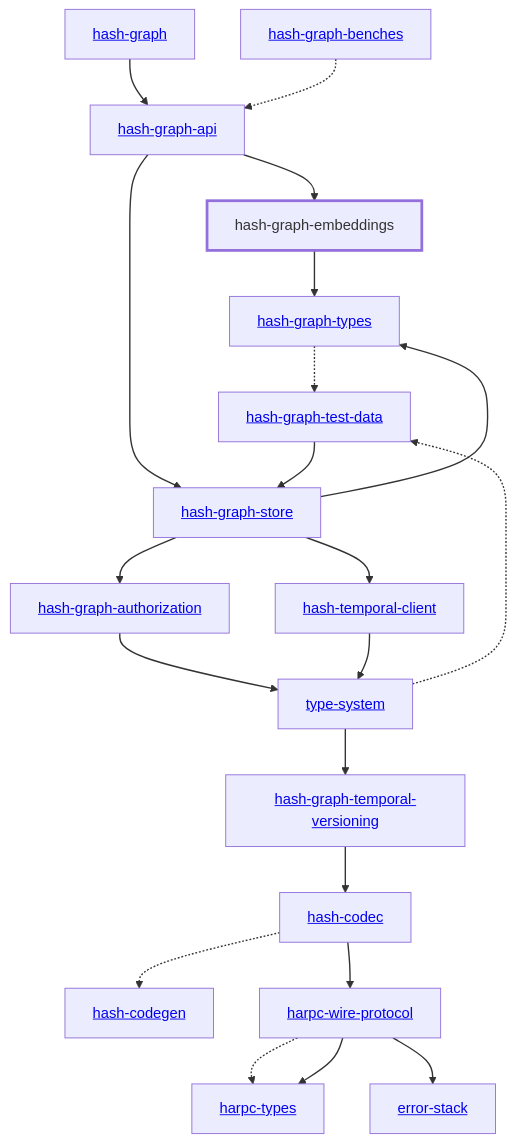
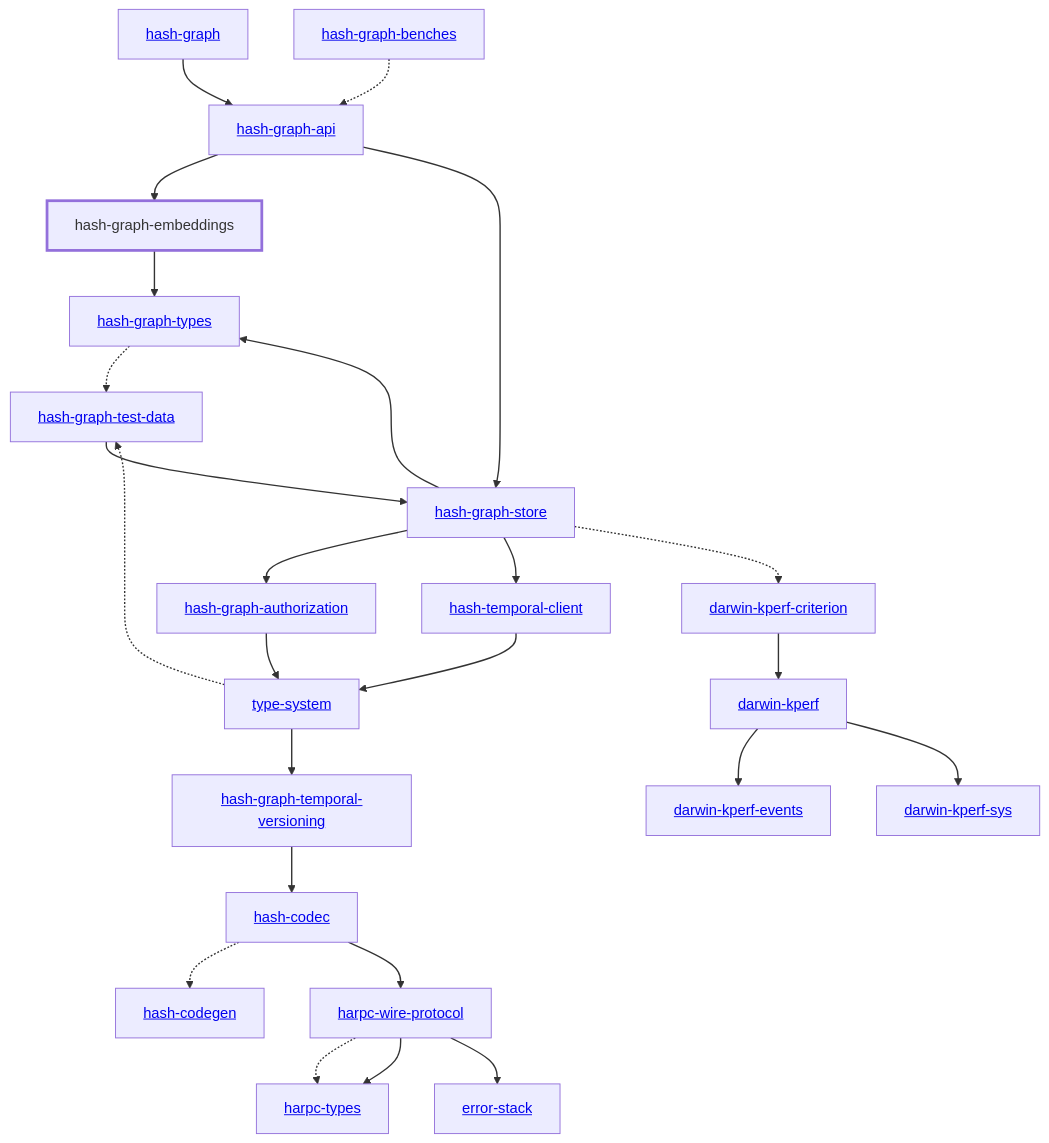
Before and after one commit to hashintel/hash: the diagram in libs/@local/graph/embeddings/docs/dependency-diagram.mmd, drawn with Mermaid. The commit also changed 19 other files, not shown here.

```diff
--- a/libs/@local/graph/embeddings/docs/dependency-diagram.mmd
+++ b/libs/@local/graph/embeddings/docs/dependency-diagram.mmd
@@ -1,47 +1,55 @@
 graph TD
     linkStyle default stroke-width:1.5px
     classDef default stroke-width:1px
     classDef root stroke-width:3px
     classDef dev stroke-width:1px
     classDef build stroke-width:1px
     %% Legend
     %% --> : Normal dependency
     %% -.-> : Dev dependency
     %% ---> : Build dependency
     0[<a href="../hash_graph/index.html">hash-graph</a>]
     1[<a href="../type_system/index.html">type-system</a>]
     2[<a href="../hash_codec/index.html">hash-codec</a>]
     3[<a href="../hash_codegen/index.html">hash-codegen</a>]
     4[<a href="../hash_graph_api/index.html">hash-graph-api</a>]
     5[<a href="../hash_graph_authorization/index.html">hash-graph-authorization</a>]
     6[hash-graph-embeddings]
     class 6 root
     7[<a href="../hash_graph_store/index.html">hash-graph-store</a>]
     8[<a href="../hash_graph_temporal_versioning/index.html">hash-graph-temporal-versioning</a>]
     9[<a href="../hash_graph_types/index.html">hash-graph-types</a>]
     10[<a href="../harpc_types/index.html">harpc-types</a>]
     11[<a href="../harpc_wire_protocol/index.html">harpc-wire-protocol</a>]
     12[<a href="../hash_temporal_client/index.html">hash-temporal-client</a>]
-    13[<a href="../error_stack/index.html">error-stack</a>]
-    14[<a href="../hash_graph_benches/index.html">hash-graph-benches</a>]
-    15[<a href="../hash_graph_test_data/index.html">hash-graph-test-data</a>]
+    13[<a href="../darwin_kperf/index.html">darwin-kperf</a>]
+    14[<a href="../darwin_kperf_criterion/index.html">darwin-kperf-criterion</a>]
+    15[<a href="../darwin_kperf_events/index.html">darwin-kperf-events</a>]
+    16[<a href="../darwin_kperf_sys/index.html">darwin-kperf-sys</a>]
+    17[<a href="../error_stack/index.html">error-stack</a>]
+    18[<a href="../hash_graph_benches/index.html">hash-graph-benches</a>]
+    19[<a href="../hash_graph_test_data/index.html">hash-graph-test-data</a>]
     0 --> 4
     1 --> 8
-    1 -.-> 15
+    1 -.-> 19
     2 -.-> 3
     2 --> 11
     4 --> 6
     4 --> 7
     5 --> 1
     6 --> 9
     7 --> 5
     7 --> 9
     7 --> 12
+    7 -.-> 14
     8 --> 2
-    9 -.-> 15
+    9 -.-> 19
     11 -.-> 10
     11 --> 10
-    11 --> 13
+    11 --> 17
     12 --> 1
-    14 -.-> 4
-    15 --> 7
+    13 --> 15
+    13 --> 16
+    14 --> 13
+    18 -.-> 4
+    19 --> 7
```
